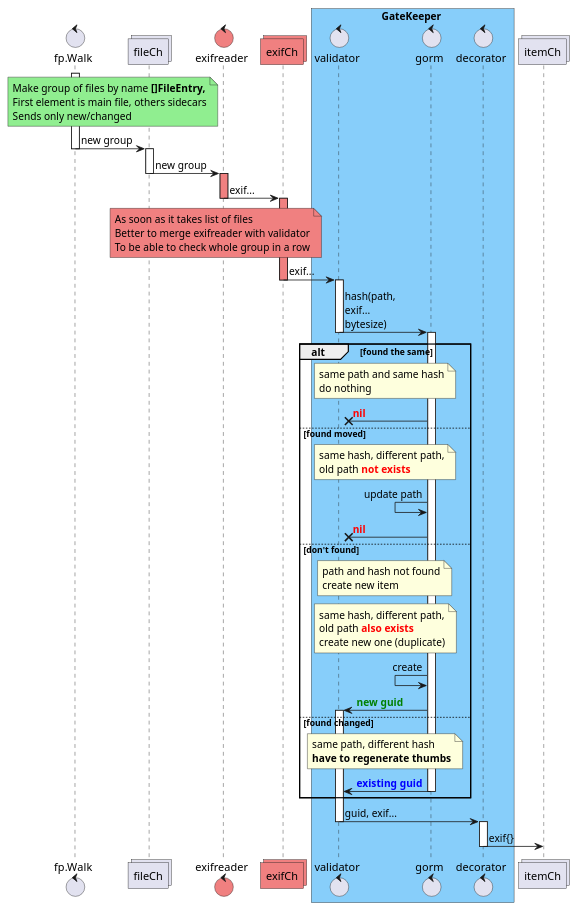
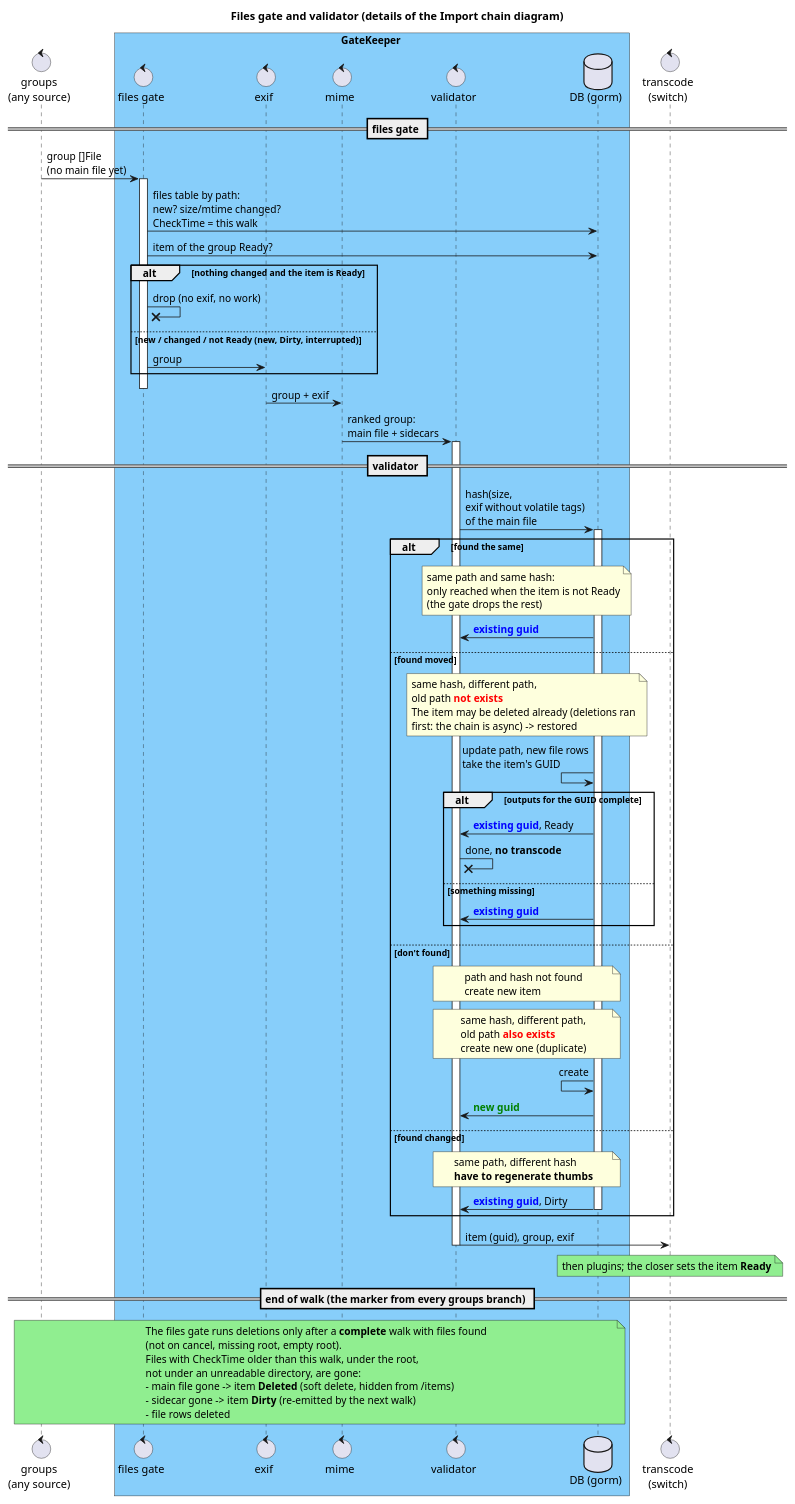
The diagram in _sb/puml/Walker.puml (eggs-gd/Perceptrail), drawn with PlantUML before and after one commit. The commit also changed 20 other files, not shown here.

First line of the commit message:
scan: validator per Walker.puml (V1–V5), dates with time zones (D1–D3) (#13)

```diff
--- a/_sb/puml/Walker.puml
+++ b/_sb/puml/Walker.puml
@@ -1,87 +1,100 @@
 @startuml Walker and validating
 
-control fp.Walk
-collections fileCh
+!pragma teoz true
 
-control exifreader #LightCoral
-collections exifCh #LightCoral
+title Files gate and validator (details of the Import chain diagram)
 
+control "groups\n(any source)" as Groups
 box GateKeeper #LightSkyBlue
-control validator
-control gorm
-control decorator
+control "files gate" as Gate
+control "exif" as Exif
+control "mime" as Mime
+control "validator" as Validator
+database "DB (gorm)" as DB
 end box
-collections itemCh
+control "transcode\n(switch)" as Transcode
 
+== files gate ==
 
-activate fp.Walk
-note over fp.Walk, fileCh #LightGreen
-Make group of files by name <b>[]FileEntry,
-First element is main file, others sidecars
-Sends only new/changed
-end note
-fp.Walk -> fileCh: new group
-deactivate fp.Walk
-activate fileCh
-fileCh -> exifreader: new group
-deactivate fileCh
-activate exifreader #LightCoral
-exifreader -> exifCh: exif...
-note over fileCh, exifCh #LightCoral
-As soon as it takes list of files
-Better to merge exifreader with validator
-To be able to check whole group in a row
-end note
-deactivate exifreader
-activate exifCh #LightCoral
-exifCh -> validator: exif...
-deactivate exifCh
-activate validator
+Groups -> Gate: group []File\n(no main file yet)
+activate Gate
+Gate -> DB: files table by path:\nnew? size/mtime changed?\nCheckTime = this walk
+Gate -> DB: item of the group Ready?
+alt nothing changed and the item is Ready
+    Gate ->x Gate: drop (no exif, no work)
+else new / changed / not Ready (new, Dirty, interrupted)
+    Gate -> Exif: group
+end
+deactivate Gate
 
-validator -> gorm: hash(path,\nexif...\nbytesize)
-deactivate validator
-activate gorm
+Exif -> Mime: group + exif
+Mime -> Validator: ranked group:\nmain file + sidecars
+activate Validator
+
+== validator ==
+
+Validator -> DB: hash(size,\nexif without volatile tags)\nof the main file
+activate DB
 
 alt found the same
-    note over validator, gorm: same path and same hash\ndo nothing
-    gorm ->x validator: <font color=red><b>nil
+    note over Validator, DB
+    same path and same hash:
+    only reached when the item is not Ready
+    (the gate drops the rest)
+    end note
+    DB -> Validator: <font color=blue><b>existing guid
 
 else found moved
-    note over validator, gorm
+    note over Validator, DB
     same hash, different path,
     old path <b><font color=red>not exists
+    The item may be deleted already (deletions ran
+    first: the chain is async) -> restored
     end note
-    gorm <- gorm: update path
-    gorm ->x validator: <font color=red><b>nil
+    DB <- DB: update path, new file rows\ntake the item's GUID
+    alt outputs for the GUID complete
+        DB -> Validator: <font color=blue><b>existing guid</b></font>, Ready
+        Validator ->x Validator: done, <b>no transcode
+    else something missing
+        DB -> Validator: <font color=blue><b>existing guid
+    end
 
 else don't found
-    note over validator, gorm
+    note over Validator, DB
     path and hash not found
     create new item
     end note
-    note over validator, gorm
+    note over Validator, DB
     same hash, different path,
     old path <b><font color=red>also exists
     create new one (duplicate)
     end note
-    gorm <- gorm: create
-    gorm -> validator: <font color=green><b>new guid
-    activate validator
+    DB <- DB: create
+    DB -> Validator: <font color=green><b>new guid
 
 else found changed
-    note over validator, gorm
+    note over Validator, DB
     same path, different hash
     <b>have to regenerate thumbs
     end note
-    gorm -> validator: <font color=blue><b>existing guid
-    deactivate gorm
-
+    DB -> Validator: <font color=blue><b>existing guid</b></font>, Dirty
+    deactivate DB
 end
 
-validator -> decorator: guid, exif...
-deactivate validator
-activate decorator
-decorator -> itemCh: exif{} 
-deactivate decorator
+Validator -> Transcode: item (guid), group, exif
+deactivate Validator
+note over Transcode #LightGreen: then plugins; the closer sets the item <b>Ready</b>
+
+== end of walk (the marker from every groups branch) ==
+
+note over Groups, DB #LightGreen
+The files gate runs deletions only after a <b>complete</b> walk with files found
+(not on cancel, missing root, empty root).
+Files with CheckTime older than this walk, under the root,
+not under an unreadable directory, are gone:
+- main file gone -> item <b>Deleted</b> (soft delete, hidden from /items)
+- sidecar gone -> item <b>Dirty</b> (re-emitted by the next walk)
+- file rows deleted
+end note
 
 @enduml
```
